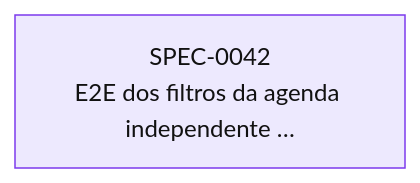
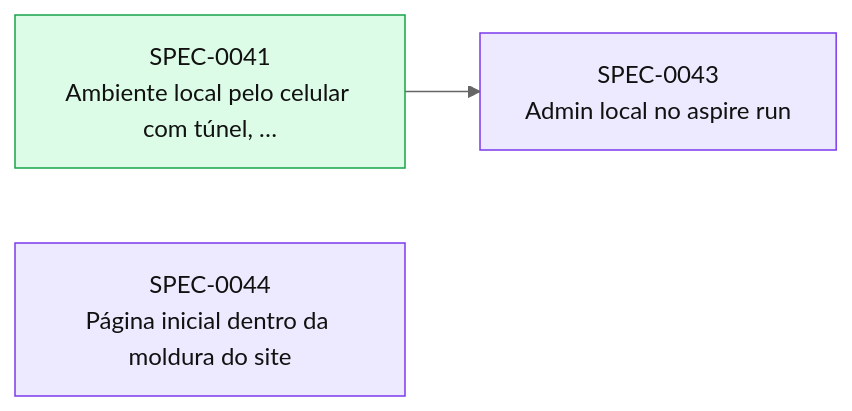
One commit to thomasravache/subsolo changed the diagram in docs/specs/INDEX.md. Above: the diagram before and after it, drawn with Mermaid (neutral theme). The commit also changed other lines of this file and 2 other files, not shown here.

First line of the commit message:
docs(sdd): close wave 26 (SPEC-0042)

````diff
--- a/docs/specs/INDEX.md
+++ b/docs/specs/INDEX.md
@@ -66,9 +67,12 @@
 ```mermaid
 flowchart LR
-  S0042["SPEC-0042<br/>E2E dos filtros da agenda independente …"]:::inprogress
+  S0041["SPEC-0041<br/>Ambiente local pelo celular com túnel, …"]:::implemented
+  S0043["SPEC-0043<br/>Admin local no aspire run"]:::inprogress
+  S0044["SPEC-0044<br/>Página inicial dentro da moldura do site"]:::inprogress
+  S0041 --> S0043
   classDef proposed fill:#fef3c7,stroke:#d97706,color:#111
   classDef approved fill:#dbeafe,stroke:#2563eb,color:#111
   classDef inprogress fill:#ede9fe,stroke:#7c3aed,color:#111
   classDef implemented fill:#dcfce7,stroke:#16a34a,color:#111
   classDef deprecated fill:#f3f4f6,stroke:#9ca3af,color:#6b7280
 ```
````
